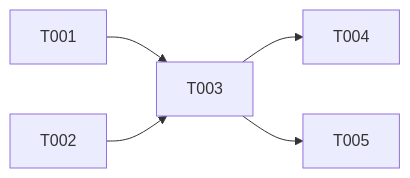
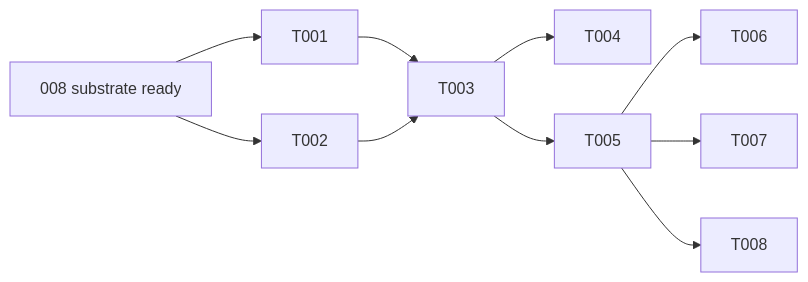
The diagram in specs/005-fact-grounding/tasks.md (UnderUndre/undrecreaitwins), drawn with Mermaid before and after one commit. The commit also changed other lines of this file and 20 other files, not shown here.

````diff
--- a/specs/005-fact-grounding/tasks.md
+++ b/specs/005-fact-grounding/tasks.md
@@ -69,6 +79,7 @@
 ```mermaid
 graph LR
+    SUB[008 substrate ready] --> T001 & T002
     T001 & T002 --> T003
-    T003 --> T004
-    T003 --> T005
+    T003 --> T004 & T005
+    T005 --> T006 & T007 & T008
 ```
````
